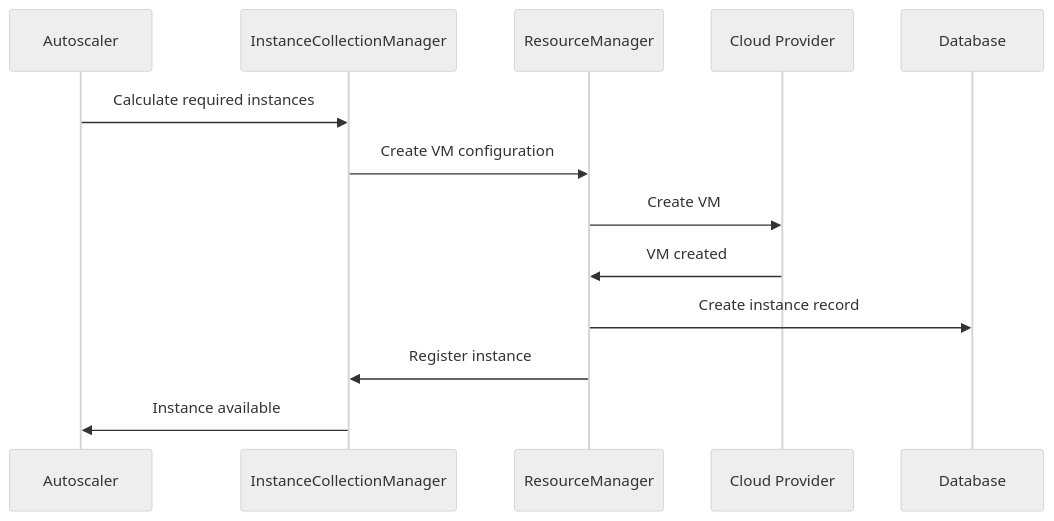
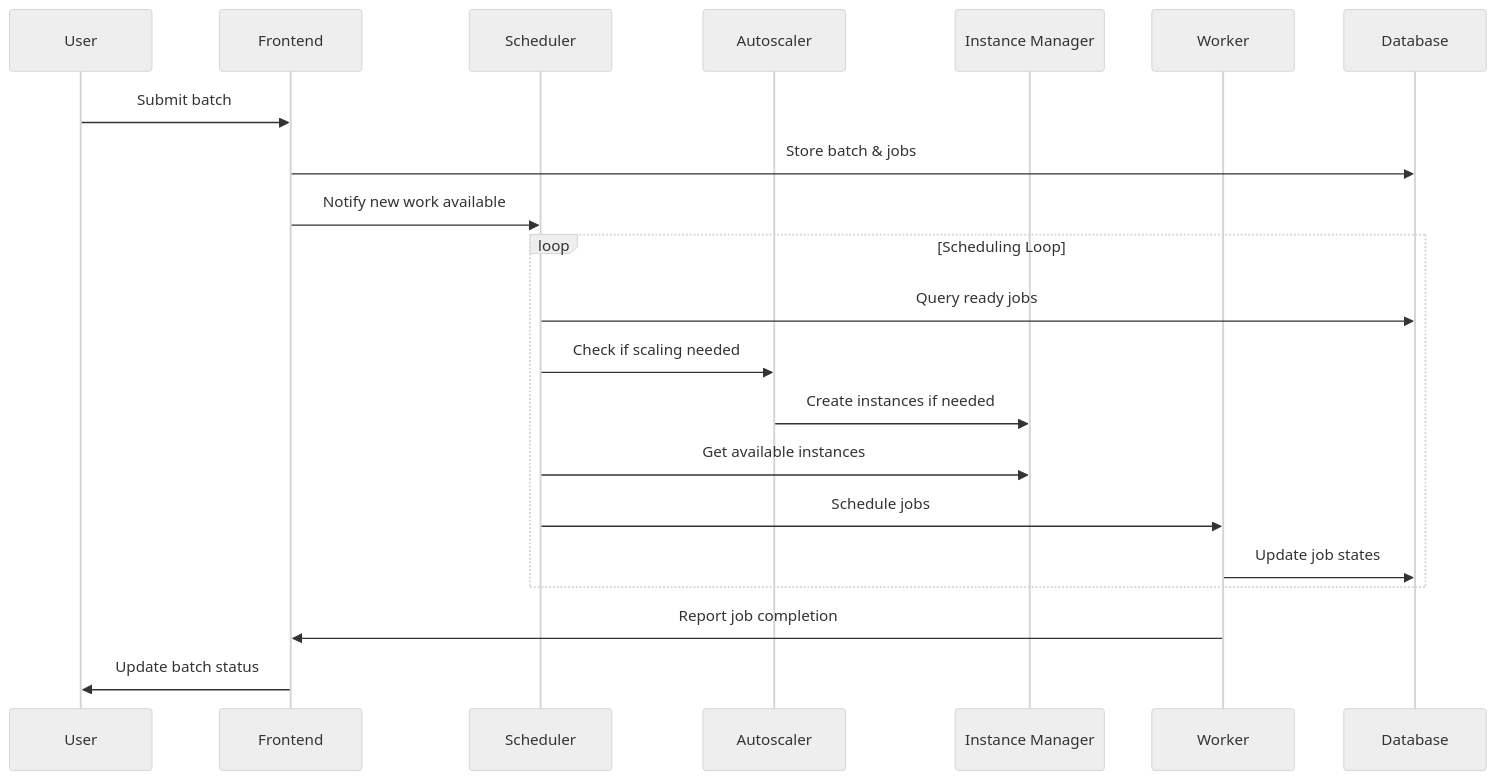
Before and after one commit to cjllanwarne/hail: the ninth of 9 diagrams in dev-docs/services/batch/code-structure.md, drawn with Mermaid (neutral theme). The commit also changed other lines of this file, not shown here.

````diff
--- a/dev-docs/services/batch/code-structure.md
+++ b/dev-docs/services/batch/code-structure.md
@@ -365,16 +379,26 @@
 ```mermaid
 sequenceDiagram
-    participant A as Autoscaler
-    participant ICM as InstanceCollectionManager
-    participant RM as ResourceManager
-    participant Cloud as Cloud Provider
+    participant U as User
+    participant FE as Frontend
+    participant SC as Scheduler
+    participant AS as Autoscaler
+    participant ICM as Instance Manager
+    participant W as Worker
     participant DB as Database
     
-    A->>ICM: Calculate required instances
-    ICM->>RM: Create VM configuration
-    RM->>Cloud: Create VM
-    Cloud->>RM: VM created
-    RM->>DB: Create instance record
-    RM->>ICM: Register instance
-    ICM->>A: Instance available
+    U->>FE: Submit batch
+    FE->>DB: Store batch & jobs
+    FE->>SC: Notify new work available
+    
+    loop Scheduling Loop
+        SC->>DB: Query ready jobs
+        SC->>AS: Check if scaling needed
+        AS->>ICM: Create instances if needed
+        SC->>ICM: Get available instances
+        SC->>W: Schedule jobs
+        W->>DB: Update job states
+    end
+    
+    W->>FE: Report job completion
+    FE->>U: Update batch status
 ```
````
